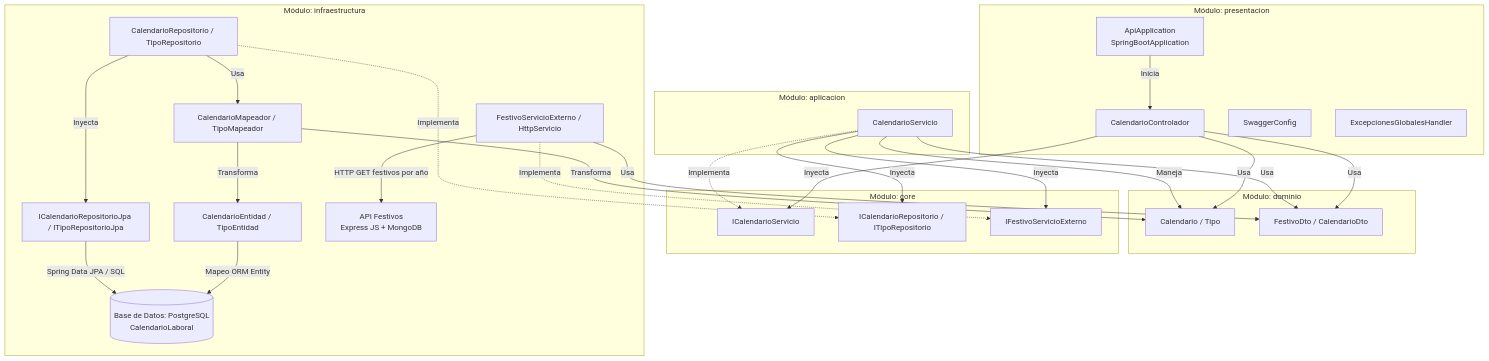
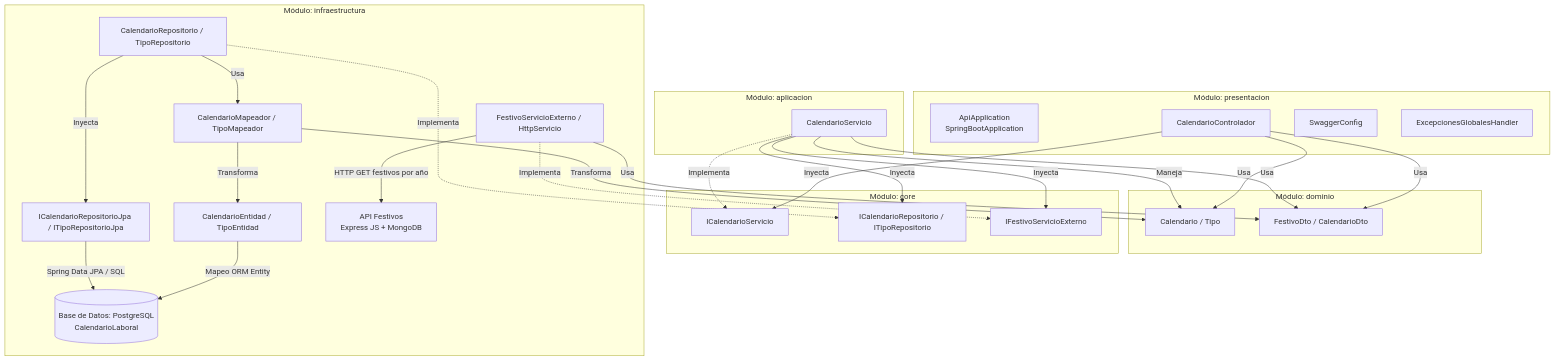
The diagram in diagrama-arquitectura-apicalendario-onion.md (JulianDA0714/taller1-arquitectura-software), drawn with Mermaid before and after one commit.

Commit message:
Eliminar sección de inicio de la aplicación del diagrama

````diff
--- a/diagrama-arquitectura-apicalendario-onion.md
+++ b/diagrama-arquitectura-apicalendario-onion.md
@@ -3,69 +3,67 @@
 ```mermaid
 graph TD
 
     %% Módulo Dominio
     subgraph Dominio["Módulo: dominio"]
         Entidades["Calendario / Tipo"]
         DTOs["FestivoDto / CalendarioDto"]
     end
 
     %% Módulo Core
     subgraph Core["Módulo: core"]
         InterfacesServicio["ICalendarioServicio"]
         InterfacesRepo["ICalendarioRepositorio / ITipoRepositorio"]
         InterfacesIntegracion["IFestivoServicioExterno"]
     end
 
     %% Módulo Aplicación
     subgraph Aplicacion["Módulo: aplicacion"]
         ServiciosApp["CalendarioServicio"]
     end
 
     %% Módulo Infraestructura
     subgraph Infraestructura["Módulo: infraestructura"]
         RepositoriosImpl["CalendarioRepositorio / TipoRepositorio"]
         RepositoriosJPA["ICalendarioRepositorioJpa / ITipoRepositorioJpa"]
         EntidadesJPA["CalendarioEntidad / TipoEntidad"]
         Mapeadores["CalendarioMapeador / TipoMapeador"]
         IntegracionExt["FestivoServicioExterno / HttpServicio"]
         DB[("Base de Datos: PostgreSQL<br/>CalendarioLaboral")]
         APIExterna["API Festivos<br/>Express JS + MongoDB"]
     end
 
     %% Módulo Presentación
     subgraph Presentacion["Módulo: presentacion"]
         ApiApp["ApiApplication<br/>SpringBootApplication"]
         Controladores["CalendarioControlador"]
         Configuracion["SwaggerConfig"]
         Handlers["ExcepcionesGlobalesHandler"]
     end
 
     %% Relaciones Aplicación -> Core / Dominio
     ServiciosApp -.->|Implementa| InterfacesServicio
     ServiciosApp -->|Inyecta| InterfacesRepo
     ServiciosApp -->|Inyecta| InterfacesIntegracion
     ServiciosApp -->|Maneja| Entidades
     ServiciosApp -->|Usa| DTOs
 
     %% Relaciones Infraestructura -> Core / Dominio
     RepositoriosImpl -.->|Implementa| InterfacesRepo
     RepositoriosImpl -->|Inyecta| RepositoriosJPA
     RepositoriosImpl -->|Usa| Mapeadores
     Mapeadores -->|Transforma| Entidades
     Mapeadores -->|Transforma| EntidadesJPA
     IntegracionExt -.->|Implementa| InterfacesIntegracion
     IntegracionExt -->|HTTP GET festivos por año| APIExterna
     IntegracionExt -->|Usa| DTOs
 
     %% Relaciones JPA -> Base de Datos
     RepositoriosJPA -->|Spring Data JPA / SQL| DB
     EntidadesJPA -->|Mapeo ORM Entity| DB
 
     %% Relaciones Presentación -> Core / Dominio
     Controladores -->|Inyecta| InterfacesServicio
     Controladores -->|Usa| DTOs
     Controladores -->|Usa| Entidades
 
-    %% Inicio de la aplicación
-    ApiApp -->|Inicia| Controladores
 ```
````
